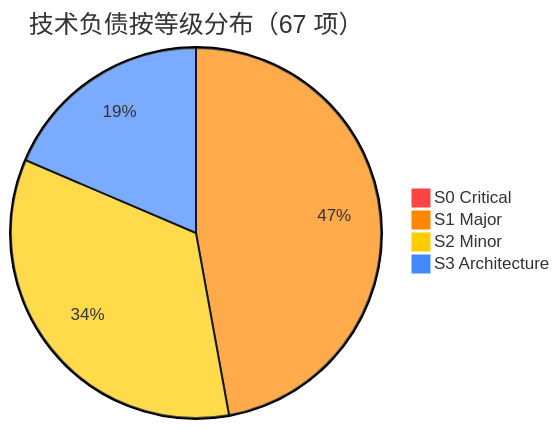
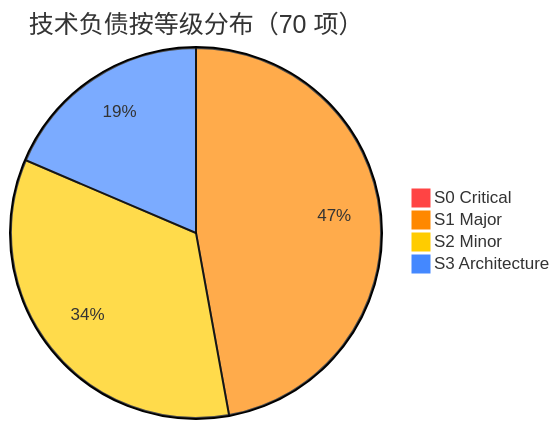
One commit to j19800/MemALL changed the diagram in debt/DASHBOARD.md. Above: the diagram before and after it, drawn with Mermaid. The commit also changed other lines of this file and 6 other files, not shown here.

````diff
--- a/debt/DASHBOARD.md
+++ b/debt/DASHBOARD.md
@@ -10,8 +11,8 @@
 ```mermaid
 %%{init: {'theme': 'base', 'themeVariables': { 'pie1': '#ff4444', 'pie2': '#ff8800', 'pie3': '#ffcc00', 'pie4': '#4488ff'}}}%%
-pie title 技术负债按等级分布（67 项）
+pie title 技术负债按等级分布（70 项）
     "S0 Critical" : 0
     "S1 Major" : 33
     "S2 Minor" : 24
     "S3 Architecture" : 13
 ```
````
